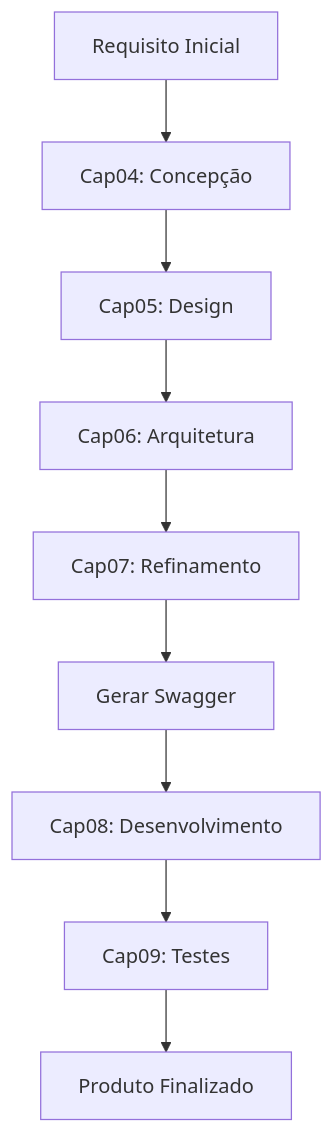
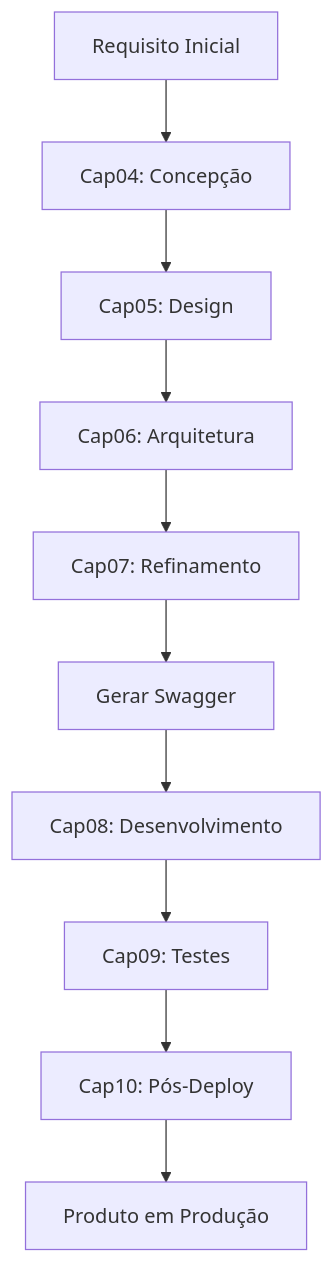
One commit to triade-ia/triade.heuristic-driven-SDLC-book changed the diagram in README.md. Above: the diagram before and after it, drawn with Mermaid. The commit also changed other lines of this file and 5 other files, not shown here.

````diff
--- a/README.md
+++ b/README.md
@@ -197,11 +203,12 @@
 ```mermaid
 graph TD
     A[Requisito Inicial] --> B[Cap04: Concepção]
     B --> C[Cap05: Design]
     C --> D[Cap06: Arquitetura]
     D --> E[Cap07: Refinamento]
     E --> F[Gerar Swagger]
     F --> G[Cap08: Desenvolvimento]
     G --> H[Cap09: Testes]
-    H --> I[Produto Finalizado]
+    H --> I[Cap10: Pós-Deploy]
+    I --> J[Produto em Produção]
 ```
````
